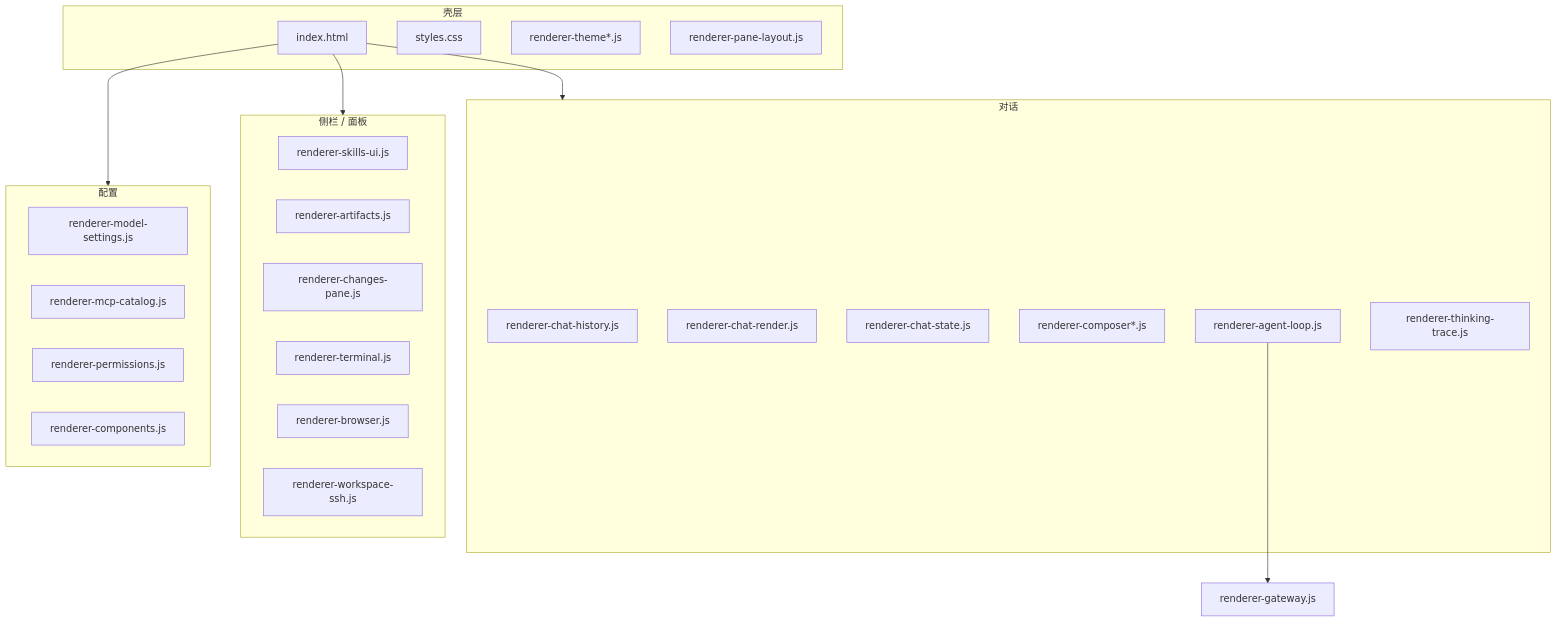
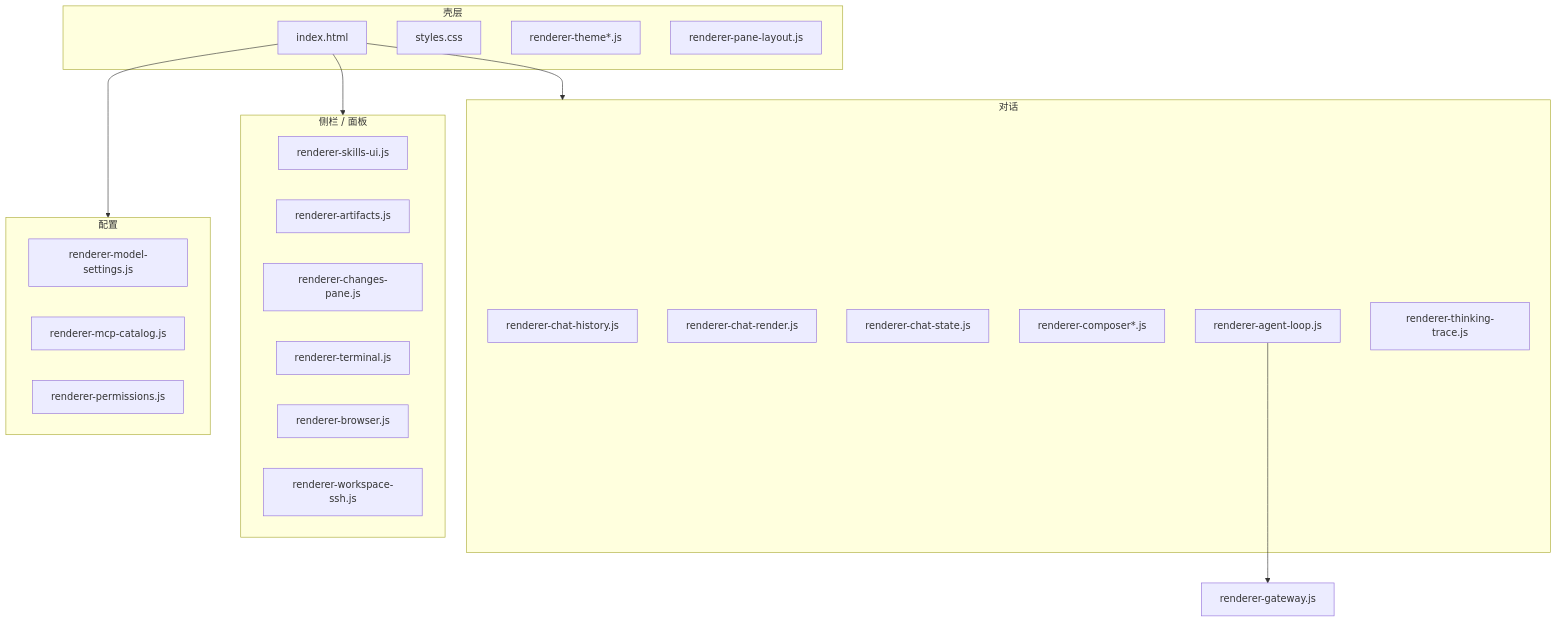
One commit to zuochamo/dieyunagent changed the ninth of 15 diagrams in docs/ARCHITECTURE.md. Above: the diagram before and after it, drawn with Mermaid. The commit also changed other lines of this file and 29 other files, not shown here.

````diff
--- a/docs/ARCHITECTURE.md
+++ b/docs/ARCHITECTURE.md
@@ -424,39 +449,38 @@
 ```mermaid
 flowchart TB
   subgraph Shell["壳层"]
     HTML[index.html]
     CSS[styles.css]
     Theme[renderer-theme*.js]
     Layout[renderer-pane-layout.js]
   end
 
   subgraph Chat["对话"]
     History[renderer-chat-history.js]
     Render[renderer-chat-render.js]
     State[renderer-chat-state.js]
     Composer[renderer-composer*.js]
     Loop[renderer-agent-loop.js]
     Trace[renderer-thinking-trace.js]
   end
 
   subgraph Side["侧栏 / 面板"]
     SkillsUI[renderer-skills-ui.js]
     Artifacts[renderer-artifacts.js]
     Changes[renderer-changes-pane.js]
     Terminal[renderer-terminal.js]
     BrowserUI[renderer-browser.js]
     SSHui[renderer-workspace-ssh.js]
   end
 
   subgraph Config["配置"]
     Model[renderer-model-settings.js]
     MCP[renderer-mcp-catalog.js]
     Perms[renderer-permissions.js]
-    Components[renderer-components.js]
   end
 
   HTML --> Chat
   HTML --> Side
   HTML --> Config
   Loop --> Gateway[renderer-gateway.js]
 ```
````
